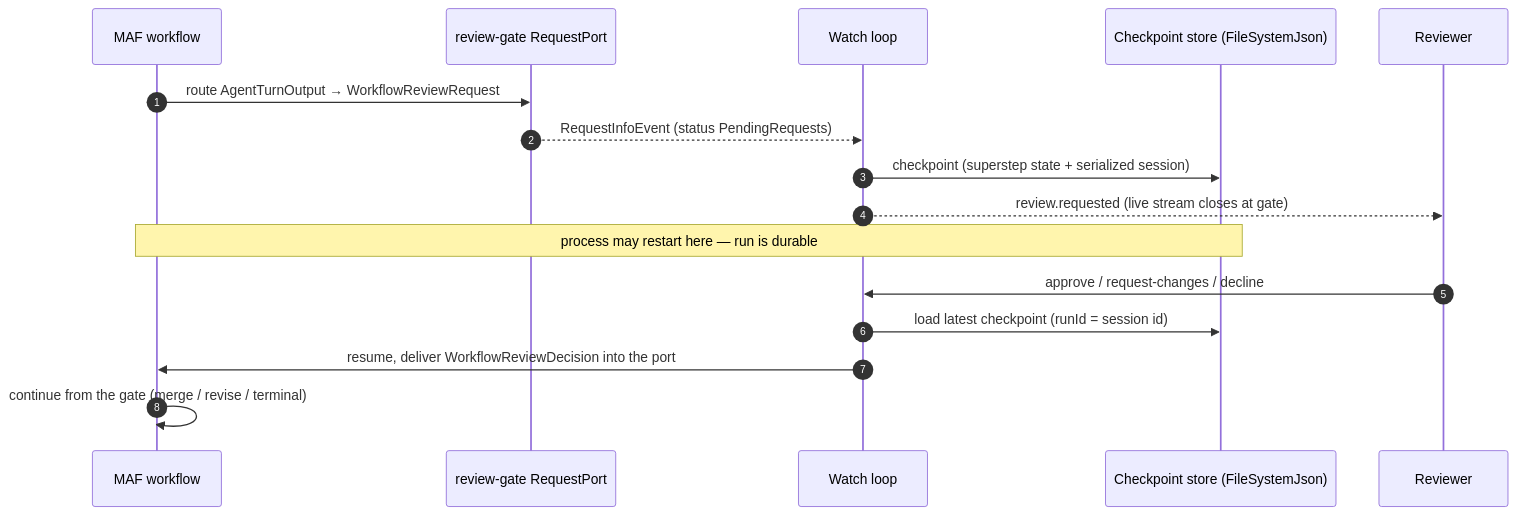
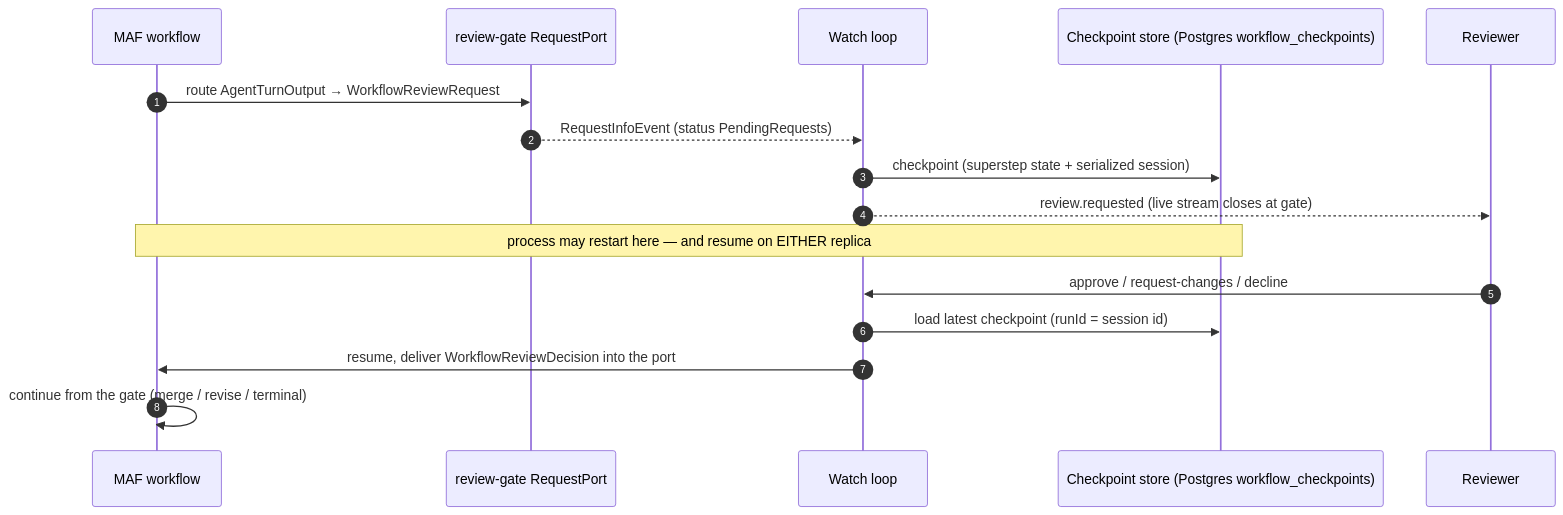
Before and after one commit to sabbour/agentweaver: the second of 3 diagrams in docs/deep-dive/agent-framework.md, drawn with Mermaid. The commit also changed other lines of this file and 15 other files, not shown here.

````diff
--- a/docs/deep-dive/agent-framework.md
+++ b/docs/deep-dive/agent-framework.md
@@ -101,19 +120,19 @@
 ```mermaid
 sequenceDiagram
     autonumber
     participant Graph as MAF workflow
     participant Port as review-gate RequestPort
     participant Watch as Watch loop
-    participant Store as Checkpoint store (FileSystemJson)
+    participant Store as Checkpoint store (Postgres workflow_checkpoints)
     participant Human as Reviewer
 
     Graph->>Port: route AgentTurnOutput → WorkflowReviewRequest
     Port-->>Watch: RequestInfoEvent (status PendingRequests)
     Watch->>Store: checkpoint (superstep state + serialized session)
     Watch-->>Human: review.requested (live stream closes at gate)
-    Note over Graph,Store: process may restart here — run is durable
+    Note over Graph,Store: process may restart here — and resume on EITHER replica
     Human->>Watch: approve / request-changes / decline
     Watch->>Store: load latest checkpoint (runId = session id)
     Watch->>Graph: resume, deliver WorkflowReviewDecision into the port
     Graph->>Graph: continue from the gate (merge / revise / terminal)
 ```
````
